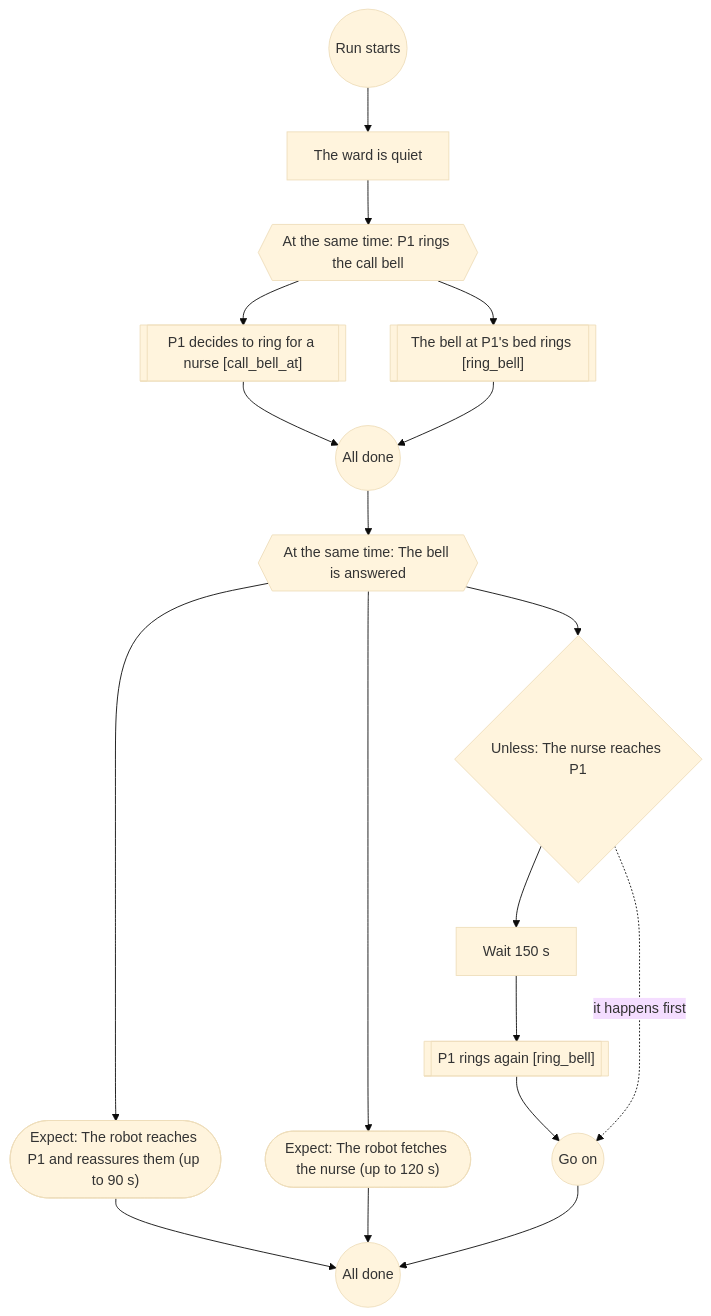
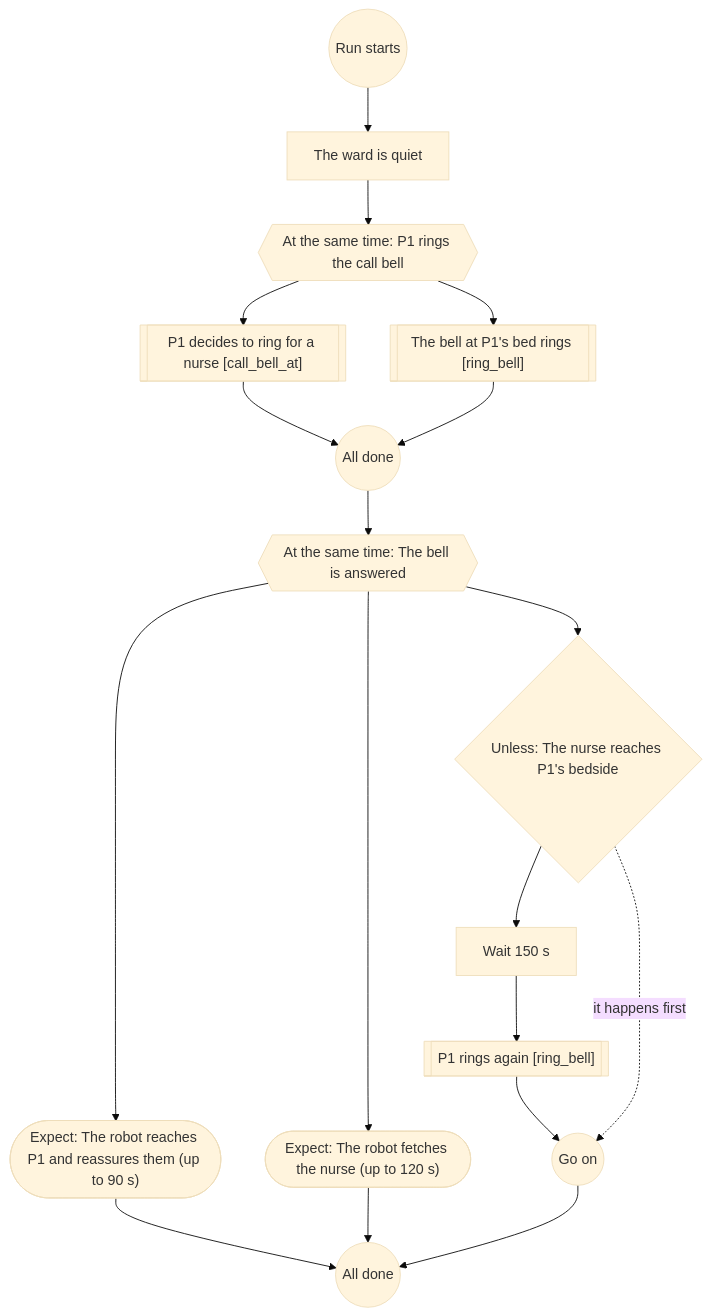
The fourth of 9 diagrams in docs/scenario-flows.md (Bkrakshith/hospital-sim-agents), drawn with Mermaid (base theme) before and after one commit. The commit also changed 2 other files, not shown here.

Commit message:
night_call_bell: a nurse at the bedside beside the robot counts as having come
With the robot standing at the bed, the nurse it called stopped 1.7 to 1.8 m from P1, so the 1.5 m unless
never held and P1 rang again although the nurse had come. The unless now takes 2.0 m.

````diff
--- a/docs/scenario-flows.md
+++ b/docs/scenario-flows.md
@@ -130,34 +130,34 @@
 ```mermaid
 flowchart TD
   n1(("Run starts"))
   n2["The ward is quiet"]
   n1 --> n2
   n3{{"At the same time: P1 rings the call bell"}}
   n2 --> n3
   n4[["P1 decides to ring for a nurse [call_bell_at]"]]
   n3 --> n4
   n5[["The bell at P1's bed rings [ring_bell]"]]
   n3 --> n5
   n6(("All done"))
   n4 --> n6
   n5 --> n6
   n7{{"At the same time: The bell is answered"}}
   n6 --> n7
   n8(["Expect: The robot reaches P1 and reassures them (up to 90 s)"])
   n7 --> n8
   n9(["Expect: The robot fetches the nurse (up to 120 s)"])
   n7 --> n9
-  n10{"Unless: The nurse reaches P1"}
+  n10{"Unless: The nurse reaches P1's bedside"}
   n7 --> n10
   n11["Wait 150 s"]
   n10 --> n11
   n12[["P1 rings again [ring_bell]"]]
   n11 --> n12
   n13(("Go on"))
   n12 --> n13
   n10 -.->|it happens first| n13
   n14(("All done"))
   n8 --> n14
   n9 --> n14
   n13 --> n14
 ```
````
